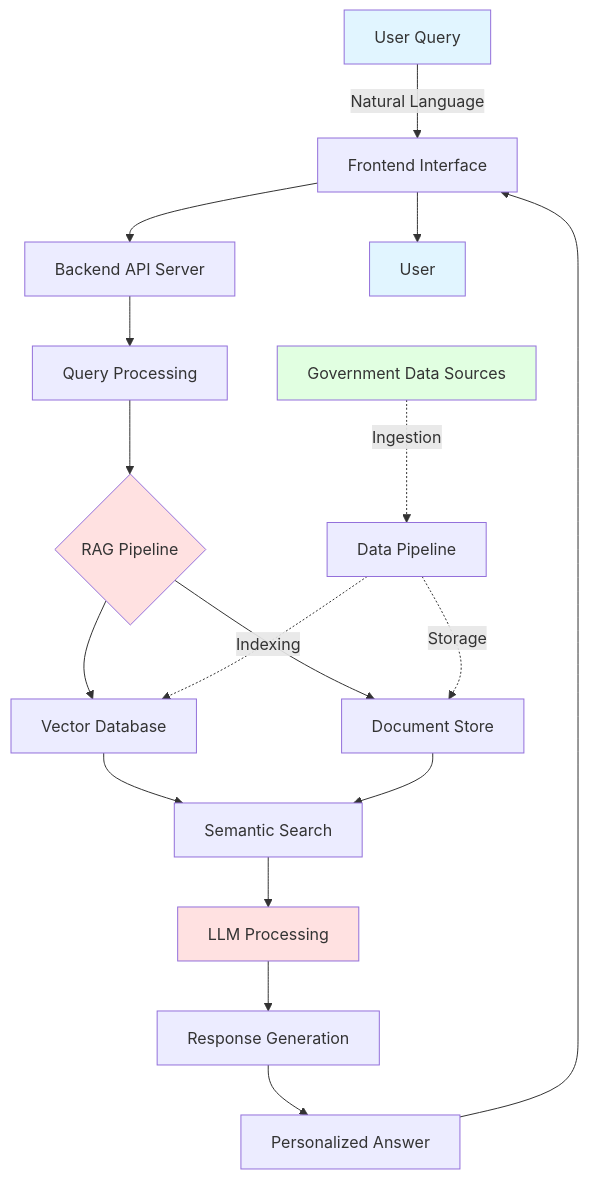
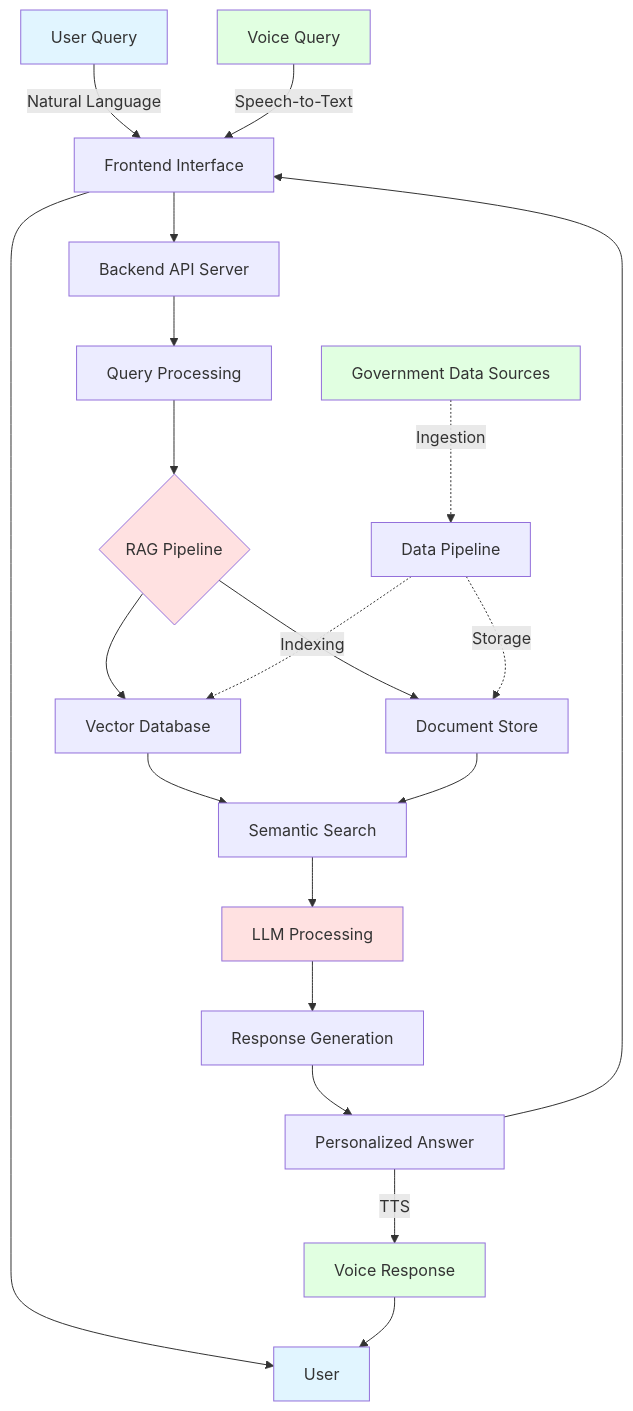
Before and after one commit to aryanb1906/ARTH-MITRA: the first of 2 diagrams in README.md, drawn with Mermaid. The commit also changed other lines of this file, not shown here.

````diff
--- a/README.md
+++ b/README.md
@@ -117,26 +148,31 @@
 ```mermaid
 graph TB
     A[User Query] -->|Natural Language| B[Frontend Interface]
+    A2[Voice Query] -->|Speech-to-Text| B
     B --> C[Backend API Server]
     C --> D[Query Processing]
     D --> E{RAG Pipeline}
     E --> F[Vector Database]
     E --> G[Document Store]
     F --> H[Semantic Search]
     G --> H
     H --> I[LLM Processing]
     I --> J[Response Generation]
     J --> K[Personalized Answer]
     K --> B
     B --> L[User]
+    K -->|TTS| A3[Voice Response]
+    A3 --> L
     
     M[Government Data Sources] -.->|Ingestion| N[Data Pipeline]
     N -.->|Indexing| F
     N -.->|Storage| G
     
     style A fill:#e1f5ff
+    style A2 fill:#e1ffe1
+    style A3 fill:#e1ffe1
     style L fill:#e1f5ff
     style E fill:#ffe1e1
     style I fill:#ffe1e1
     style M fill:#e1ffe1
 ```
````
